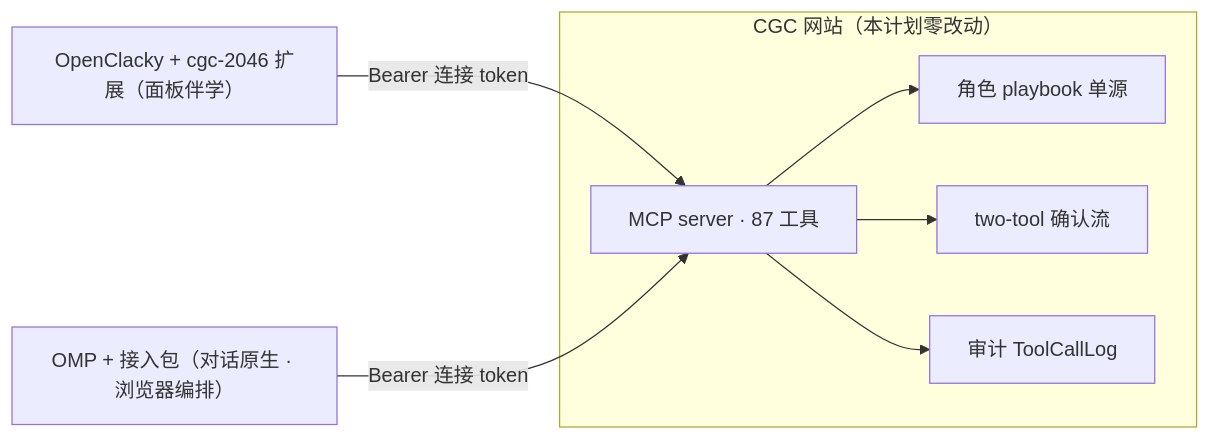
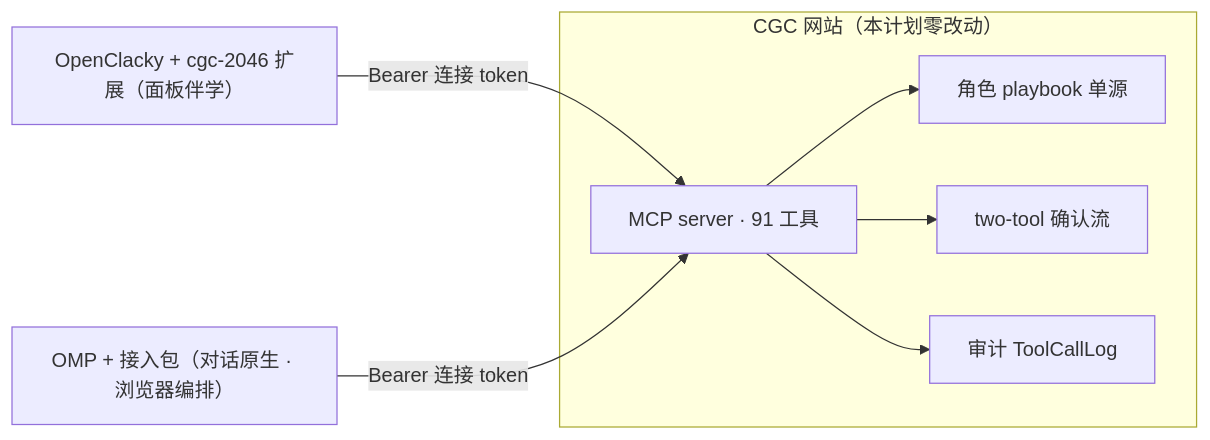
Before and after one commit to CodingGirlsClub/cgc_2046: the first of 2 diagrams in docs/plans/2026-09-19-1011-feat-omp-second-host-plan.md, drawn with Mermaid. The commit also changed other lines of this file, not shown here.

````diff
--- a/docs/plans/2026-09-19-1011-feat-omp-second-host-plan.md
+++ b/docs/plans/2026-09-19-1011-feat-omp-second-host-plan.md
@@ -52,16 +52,16 @@
 ```mermaid
 flowchart LR
   subgraph website["CGC 网站（本计划零改动）"]
-    MCP["MCP server · 87 工具"]
+    MCP["MCP server · 91 工具"]
     PB["角色 playbook 单源"]
     CONF["two-tool 确认流"]
     AUD["审计 ToolCallLog"]
   end
   OC["OpenClacky + cgc-2046 扩展（面板伴学）"]
   OM["OMP + 接入包（对话原生 · 浏览器编排）"]
   OC -->|"Bearer 连接 token"| MCP
   OM -->|"Bearer 连接 token"| MCP
   MCP --> PB
   MCP --> CONF
   MCP --> AUD
 ```
````
